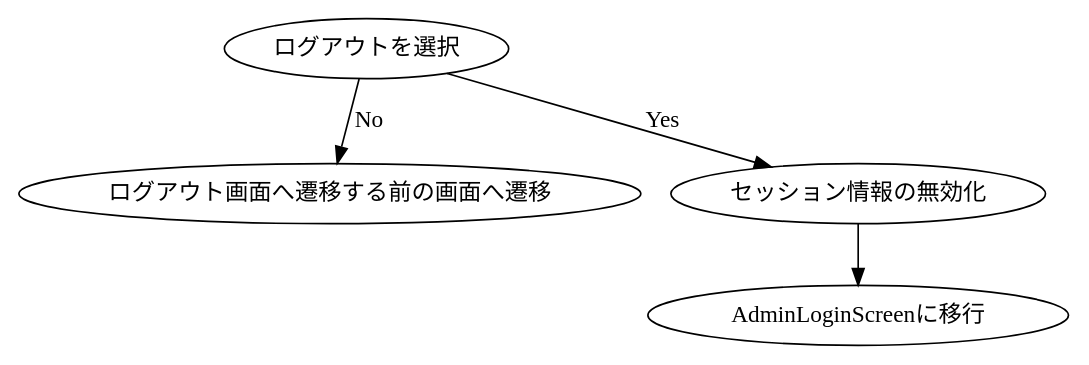
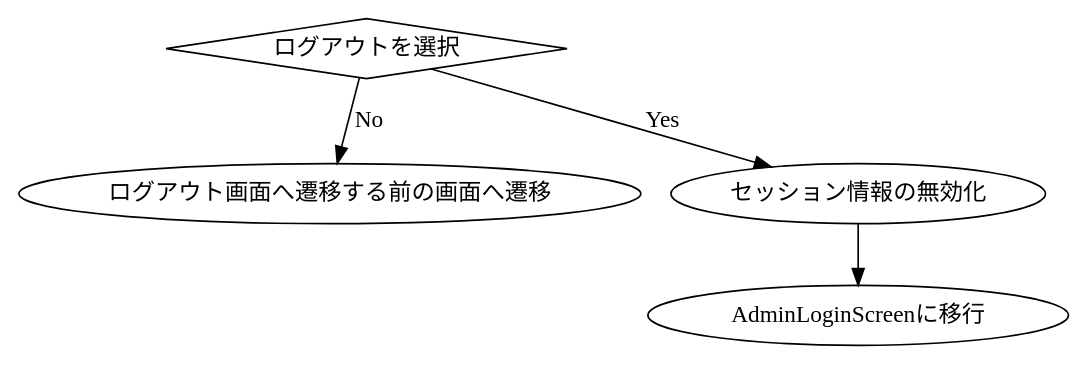
One commit to KUT-Group12/internal_design changed the diagram in dot/sato/AdminLogout.dot. Above: the diagram before and after it, drawn with Graphviz. The commit also changed 100 other files, not shown here.

```diff
--- a/dot/sato/AdminLogout.dot
+++ b/dot/sato/AdminLogout.dot
@@ -1,13 +1,13 @@
 digraph G {
     #include "style.doth"
 
-    branch[label = "ログアウトを選択"]
+    branch[label = "ログアウトを選択", shape = diamond]
     no[label = "ログアウト画面へ遷移する前の画面へ遷移"]
     yes[label = "セッション情報の無効化"]
     login[label = "AdminLoginScreenに移行"]
 
 
     branch -> no [label = "No"]
     branch -> yes [label = "Yes"]
     yes -> login
 }
```
